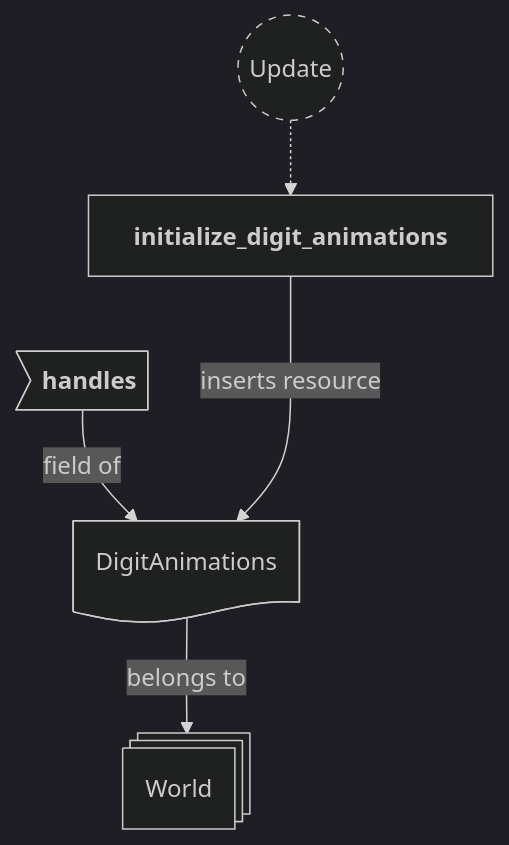
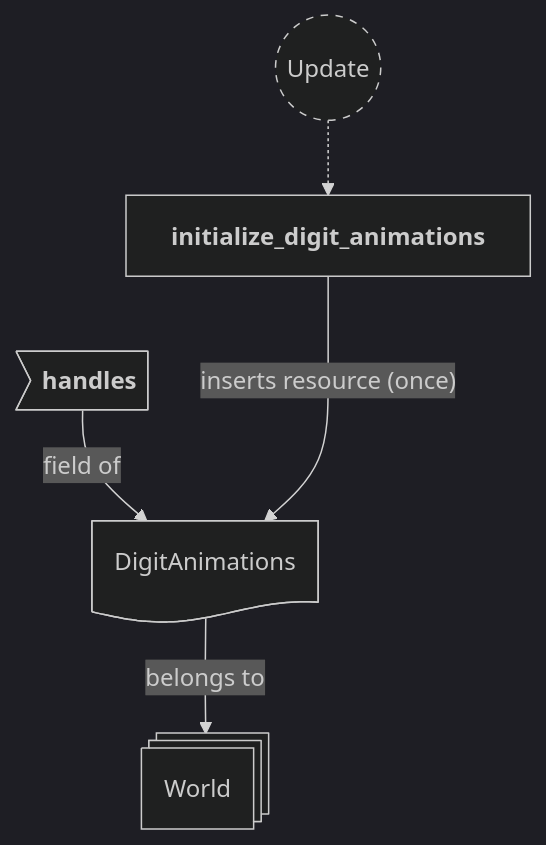
Before and after one commit to neurosoup/tyled: diagram 13 of 22 in backlog/docs/doc-14 - 012-HUD-plugin.md, drawn with Mermaid. The commit also changed other lines of this file and 2 other files, not shown here.

First line of the commit message:
Docs: update doc-14 HUD plugin and doc-12 CRUD; build digit animations once

````diff
--- a/backlog/docs/doc-14 - 012-HUD-plugin.md
+++ b/backlog/docs/doc-14 - 012-HUD-plugin.md
@@ -478,24 +502,24 @@
 ```mermaid
 ---
 config:
   theme: dark
 ---
 
 flowchart TD
 classDef system-group stroke-dasharray: 5 5
 
 update(("`Update`")):::system-group
 initialize_digit_animations["`**initialize_digit_animations**`"]
 
 update -.-> initialize_digit_animations
 
 world@{ shape: st-rect, label: "World" }
 digit_anims_res@{ shape: doc, label: "DigitAnimations" }
 
 da_handles>"`**handles**`"]
 
 digit_anims_res --> |belongs to| world
 da_handles --> |field of| digit_anims_res
 
-initialize_digit_animations ---> |inserts resource| digit_anims_res
+initialize_digit_animations ---> |"inserts resource (once)"| digit_anims_res
 ```
````
